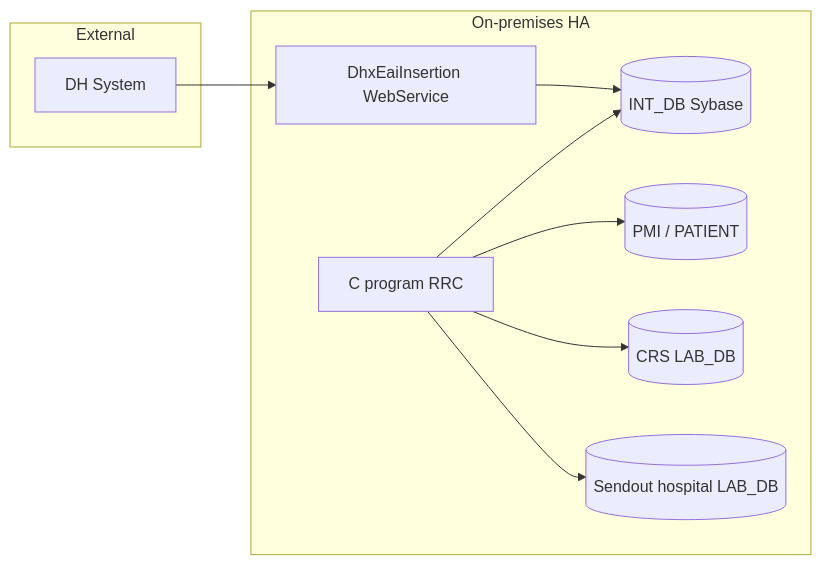
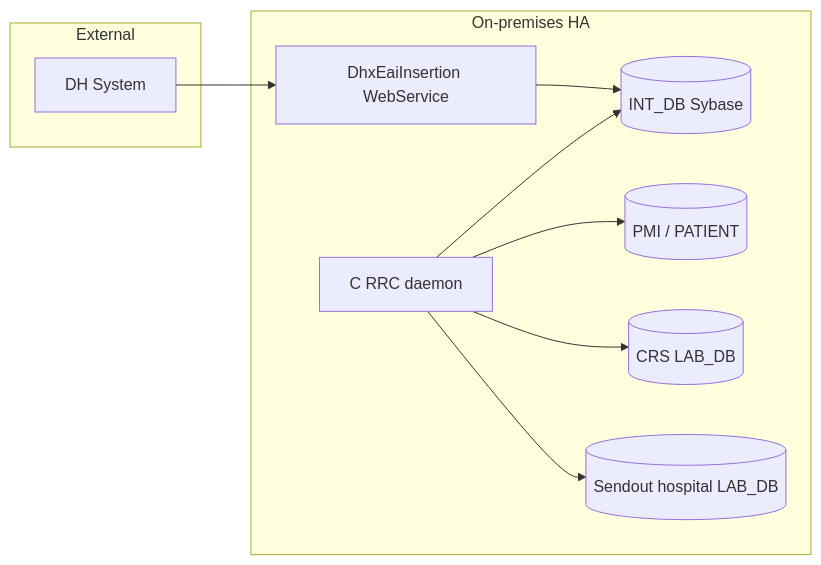
One commit to DragonChong/HA-Notes changed the second of 3 diagrams in LIS/JIRA/Develop cloud application `lis-dhx-rrc-svc` to replace the legacy RRC worker and support dynamic Sybase-PostgreSQL database connectivity during DB migration.md. Above: the diagram before and after it, drawn with Mermaid. The commit also changed other lines of this file, not shown here.

````diff
--- a/LIS/JIRA/Develop cloud application `lis-dhx-rrc-svc` to replace the legacy RRC worker and support dynamic Sybase-PostgreSQL database connectivity during DB migration.md
+++ b/LIS/JIRA/Develop cloud application `lis-dhx-rrc-svc` to replace the legacy RRC worker and support dynamic Sybase-PostgreSQL database connectivity during DB migration.md
@@ -141,19 +141,19 @@
 ```mermaid
 flowchart LR
     subgraph External["External"]
         DH["DH System"]
     end
     subgraph OnPrem["On-premises HA"]
         WS["DhxEaiInsertion WebService"]
         INT_DB[("INT_DB Sybase")]
-        C_RRC["C program RRC"]
+        C_RRC["C RRC daemon"]
         PMI[("PMI / PATIENT")]
         CRS_DB[("CRS LAB_DB")]
         HOSP_DB[("Sendout hospital LAB_DB")]
     end
     DH --> WS --> INT_DB
     C_RRC --> INT_DB
     C_RRC --> PMI
     C_RRC --> CRS_DB
     C_RRC --> HOSP_DB
 ```
````
